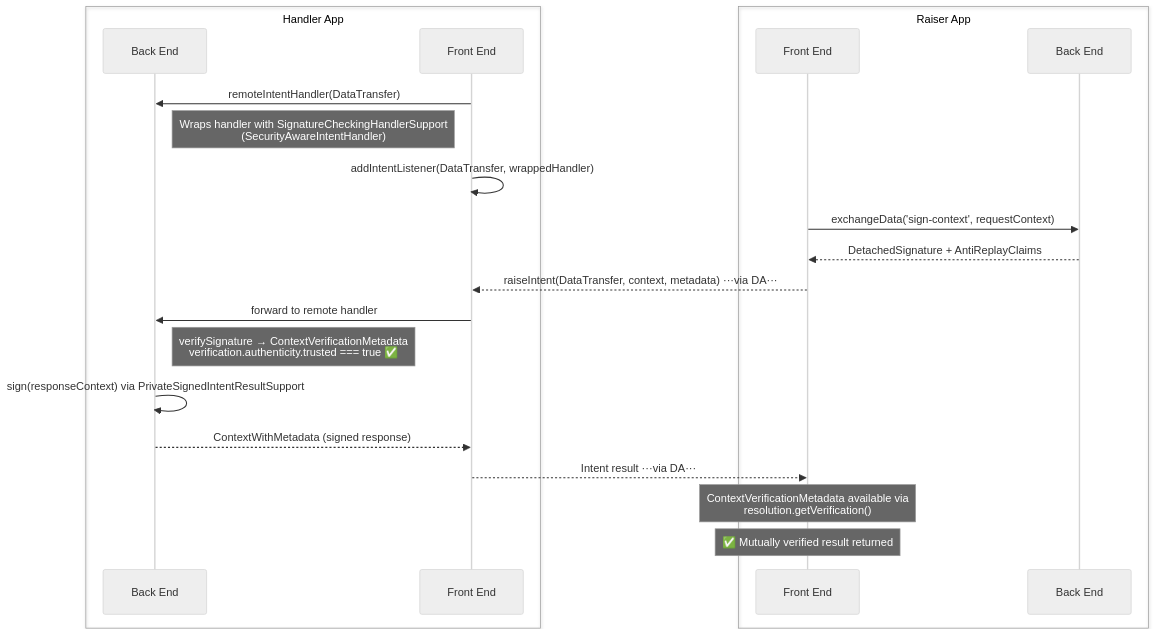
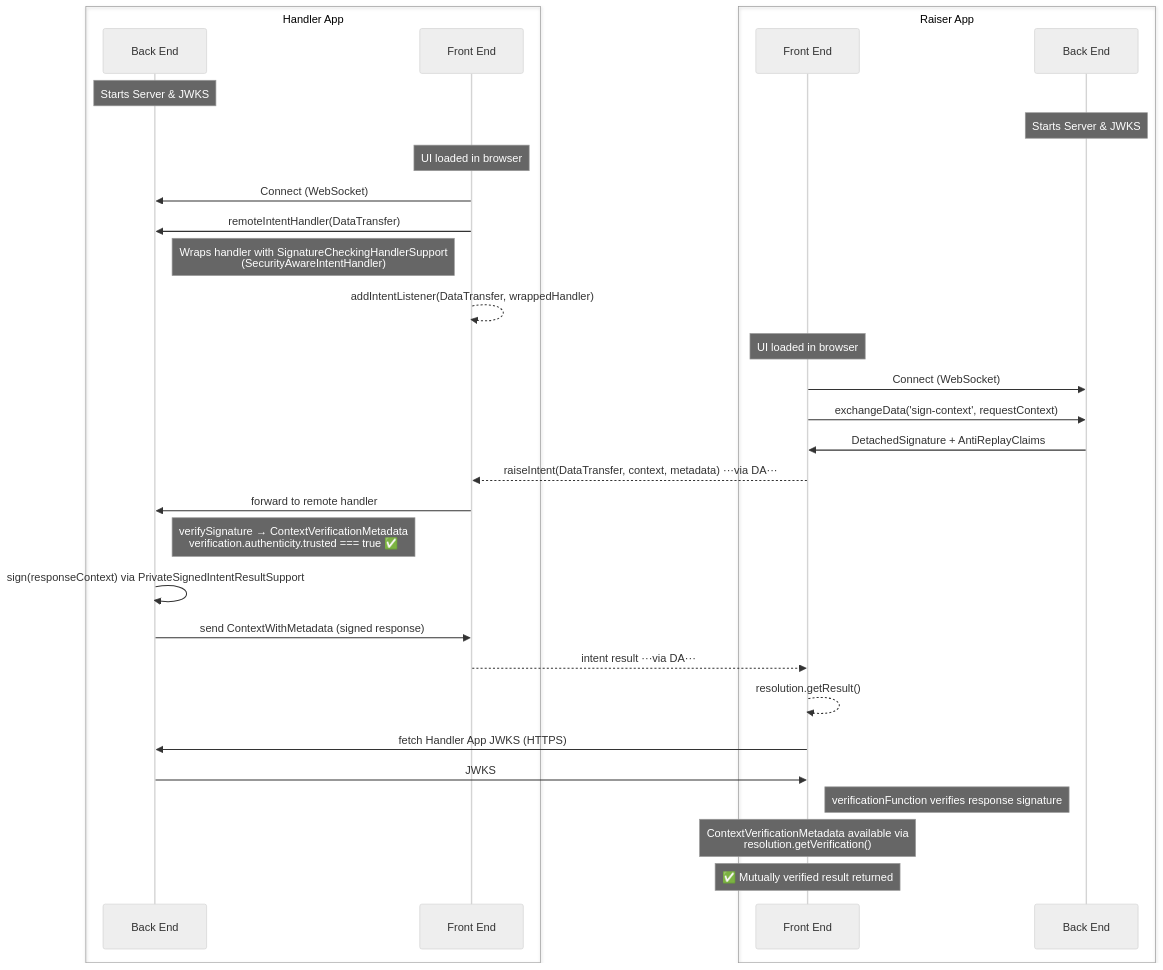
One commit to finos/FDC3 changed the fourth of 5 diagrams in packages/fdc3-security/samples/README.md. Above: the diagram before and after it, drawn with Mermaid (neutral theme). The commit also changed other lines of this file, not shown here.

Commit message:
reworking FDC3 security samples diagrams

````diff
--- a/packages/fdc3-security/samples/README.md
+++ b/packages/fdc3-security/samples/README.md
@@ -161,29 +185,40 @@
 ```mermaid
 sequenceDiagram
     box Handler App
         participant HBE as Back End
         participant HFE as Front End
     end
     box Raiser App
         participant RFE as Front End
         participant RBE as Back End
     end
 
+    Note over HBE: Starts Server & JWKS
+    Note over RBE: Starts Server & JWKS
+
+    Note over HFE: UI loaded in browser
+    HFE->>HBE: Connect (WebSocket)
     HFE->>HBE: remoteIntentHandler(DataTransfer)
     Note right of HBE: Wraps handler with SignatureCheckingHandlerSupport<br/>(SecurityAwareIntentHandler)
-    HFE->>HFE: addIntentListener(DataTransfer, wrappedHandler)
+    HFE-->>HFE: addIntentListener(DataTransfer, wrappedHandler)
 
+    Note over RFE: UI loaded in browser
+    RFE->>RBE: Connect (WebSocket)
     RFE->>RBE: exchangeData('sign-context', requestContext)
-    RBE-->>RFE: DetachedSignature + AntiReplayClaims
+    RBE->>RFE: DetachedSignature + AntiReplayClaims
 
     RFE-->>HFE: raiseIntent(DataTransfer, context, metadata) ···via DA···
     HFE->>HBE: forward to remote handler
 
     Note right of HBE: verifySignature → ContextVerificationMetadata<br/>verification.authenticity.trusted === true ✅
     HBE->>HBE: sign(responseContext) via PrivateSignedIntentResultSupport
-    HBE-->>HFE: ContextWithMetadata (signed response)
-    HFE-->>RFE: Intent result ···via DA···
+    HBE->>HFE: send ContextWithMetadata (signed response)
+    HFE-->>RFE: intent result ···via DA···
 
+    RFE-->>RFE: resolution.getResult()
+    RFE->>HBE: fetch Handler App JWKS (HTTPS)
+    HBE->>RFE: JWKS
+    Note right of RFE: verificationFunction verifies response signature
     Note over RFE: ContextVerificationMetadata available via<br/>resolution.getVerification()
     Note over RFE: ✅ Mutually verified result returned
 ```
````
